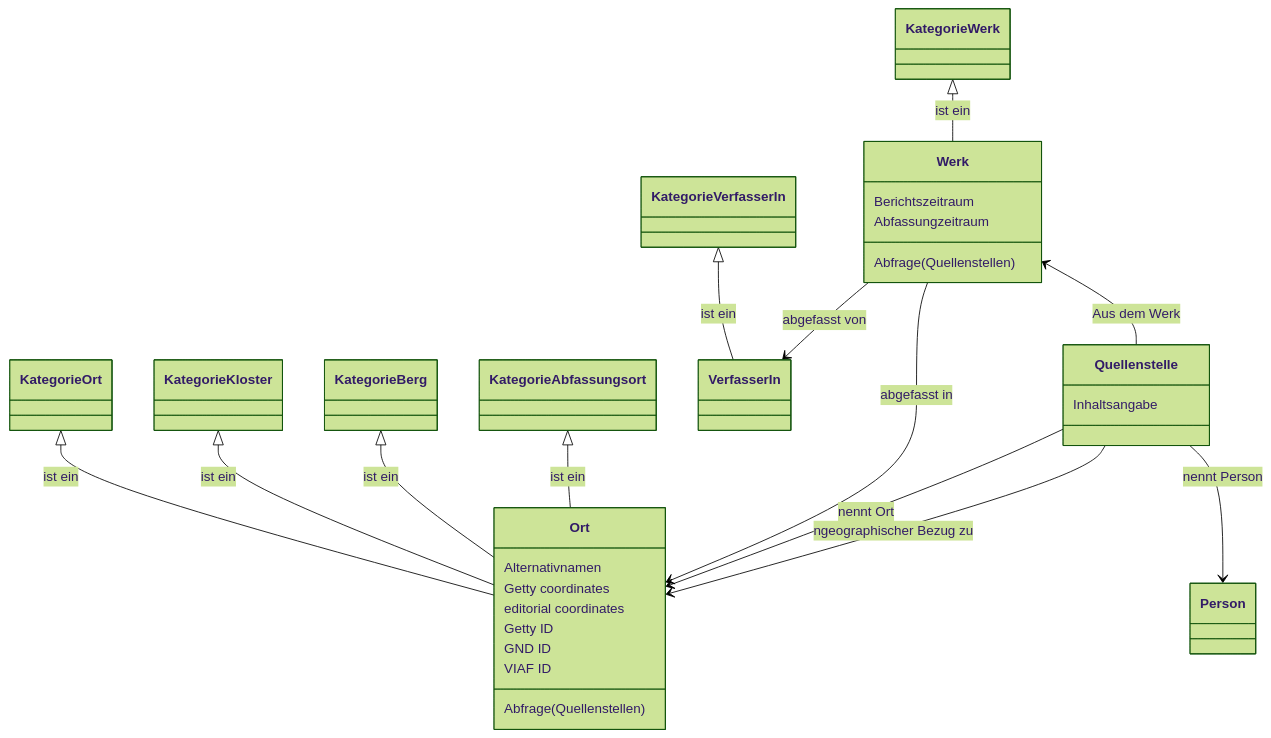
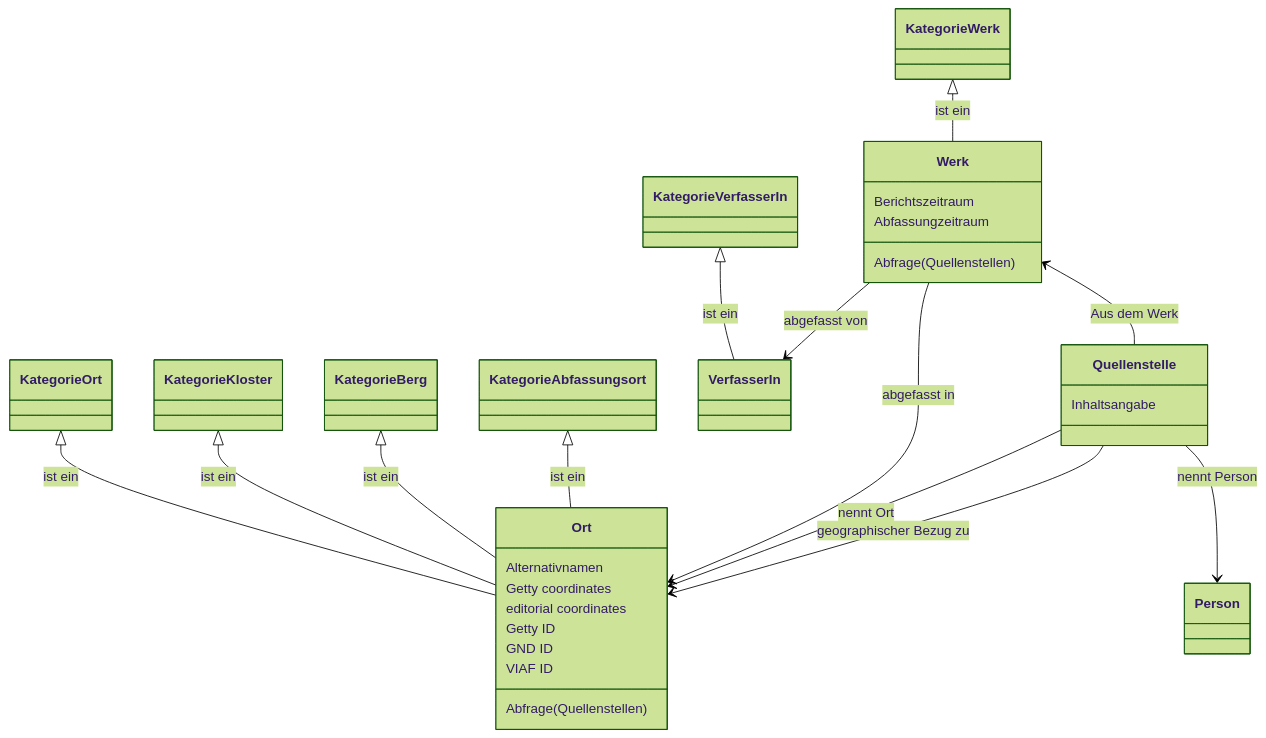
One commit to cceh/sarazenen-wiki changed the diagram in datenmodell/Readme.MD. Above: the diagram before and after it, drawn with Mermaid (forest theme).

````diff
--- a/datenmodell/Readme.MD
+++ b/datenmodell/Readme.MD
@@ -1,52 +1,52 @@
 ```mermaid
 
 classDiagram
 
     class KategorieWerk
     KategorieWerk <|-- Werk : ist ein 
     
     class KategorieOrt
     KategorieOrt <|-- Ort : ist ein 
     
     class KategorieKloster
     KategorieKloster <|-- Ort : ist ein 
     
     class KategorieBerg
     KategorieBerg <|-- Ort : ist ein 
     
     class KategorieAbfassungsort
     KategorieAbfassungsort <|-- Ort : ist ein 
     
     class KategorieVerfasserIn
     KategorieVerfasserIn <|-- VerfasserIn : ist ein 
 
     class Werk
     Werk: Berichtszeitraum 
     Werk: Abfassungzeitraum
     Werk <-- Quellenstelle : Aus dem Werk
     Werk --> VerfasserIn : abgefasst von
     Werk --> Ort : abgefasst in
     Werk: Abfrage(Quellenstellen)
     
     class VerfasserIn
 
     class Quellenstelle
     Quellenstelle: Inhaltsangabe
     Quellenstelle --> Person : nennt Person
     Quellenstelle --> Ort : nennt Ort  
-    Quellenstelle --> Ort : ngeographischer Bezug zu 
+    Quellenstelle --> Ort : geographischer Bezug zu 
 
     class Person
 
     class Ort
     Ort: Alternativnamen
     Ort: Getty coordinates
     Ort: editorial coordinates
     Ort: Getty ID
     Ort: GND ID
     Ort: VIAF ID
     Ort: Abfrage(Quellenstellen)
     
 end
 
 ```
````
